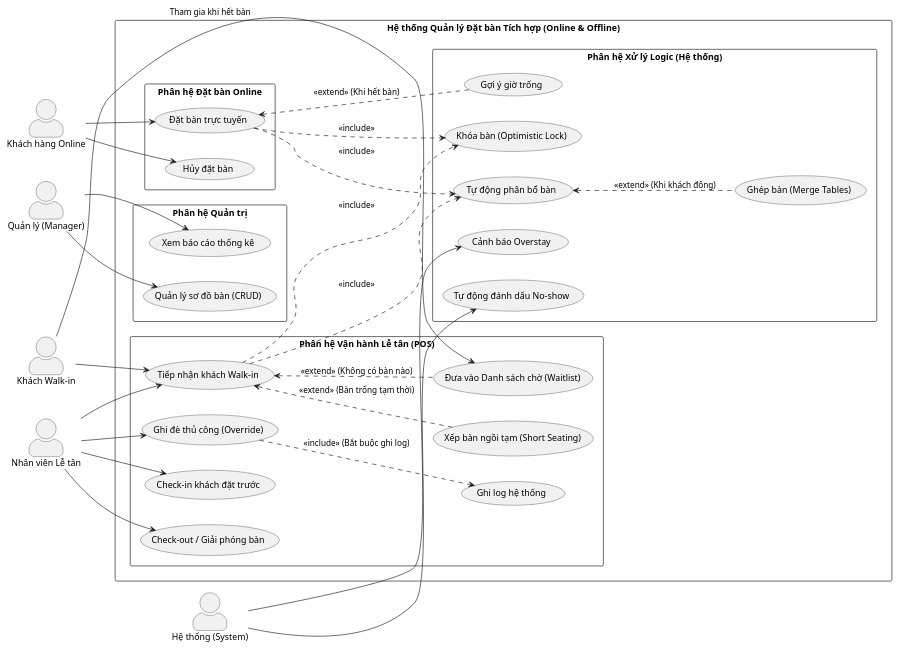
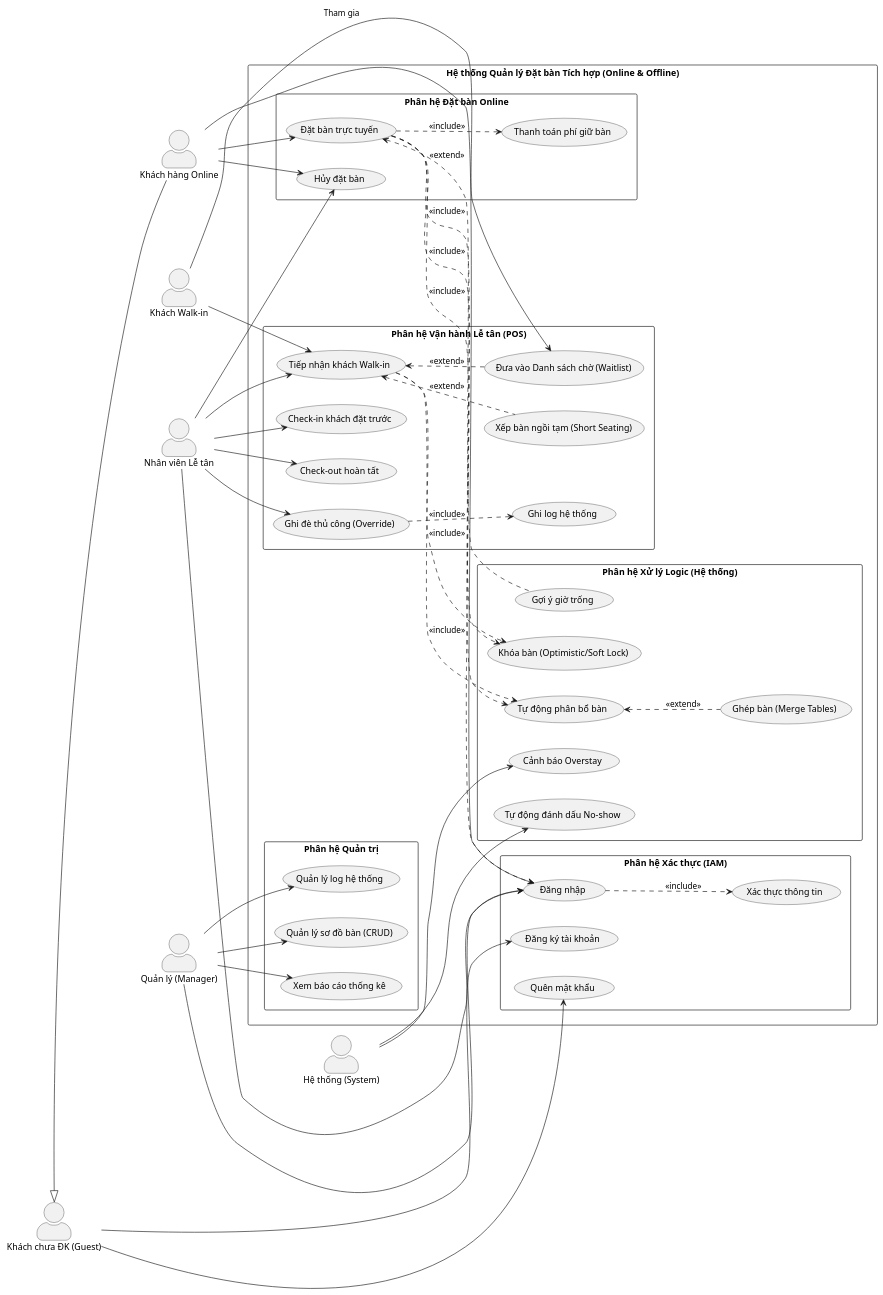
The diagram in docs/uml/use-case-diagram.puml (QuangLam0208/restaurant-reservation-system), drawn with PlantUML before and after one commit.

Commit message:
update usecase diagram

```diff
--- a/docs/uml/use-case-diagram.puml
+++ b/docs/uml/use-case-diagram.puml
@@ -1,79 +1,117 @@
 @startuml
 left to right direction
 skinparam actorStyle awesome
 skinparam packageStyle rectangle
 skinparam nodesep 40
 skinparam ranksep 60
 
-' Định nghĩa các Actors
+' ==========================================
+' ĐỊNH NGHĨA CÁC ACTORS
+' ==========================================
+actor "Khách chưa ĐK (Guest)" as Guest
 actor "Khách hàng Online" as OnlineCustomer
 actor "Khách Walk-in" as WalkInCustomer
 actor "Nhân viên Lễ tân" as Receptionist
 actor "Quản lý (Manager)" as Manager
 actor "Hệ thống (System)" as System
 
+' Tính kế thừa
+Guest <|-- OnlineCustomer
+
 rectangle "Hệ thống Quản lý Đặt bàn Tích hợp (Online & Offline)" {
+
+  rectangle "Phân hệ Xác thực (IAM)" {
+    usecase "Đăng ký tài khoản" as UC_Register
+    usecase "Đăng nhập" as UC_Login
+    usecase "Quên mật khẩu" as UC_Forgot
+    usecase "Xác thực thông tin" as UC_Verify
+  }
 
   rectangle "Phân hệ Đặt bàn Online" {
     usecase "Đặt bàn trực tuyến" as UC_BookOnline
-    usecase "Hủy đặt bàn" as UC_CancelOnline
+    usecase "Thanh toán phí giữ bàn" as UC_Payment
+    usecase "Hủy đặt bàn" as UC_CancelReservation
   }
 
   rectangle "Phân hệ Xử lý Logic (Hệ thống)" {
     usecase "Tự động phân bổ bàn" as UC_AutoAssign
     usecase "Ghép bàn (Merge Tables)" as UC_Merge
     usecase "Gợi ý giờ trống" as UC_Suggest
     usecase "Tự động đánh dấu No-show" as UC_AutoNoShow
     usecase "Cảnh báo Overstay" as UC_AlertOverstay
-    usecase "Khóa bàn (Optimistic Lock)" as UC_LockTable
+    usecase "Khóa bàn (Optimistic/Soft Lock)" as UC_LockTable
   }
 
   rectangle "Phân hệ Vận hành Lễ tân (POS)" {
     usecase "Tiếp nhận khách Walk-in" as UC_HandleWalkIn
     usecase "Xếp bàn ngồi tạm (Short Seating)" as UC_ShortSeating
     usecase "Đưa vào Danh sách chờ (Waitlist)" as UC_Waitlist
     usecase "Check-in khách đặt trước" as UC_CheckIn
-    usecase "Check-out / Giải phóng bàn" as UC_CheckOut
+    usecase "Check-out hoàn tất" as UC_CheckOut
     usecase "Ghi đè thủ công (Override)" as UC_Override
     usecase "Ghi log hệ thống" as UC_Log
   }
 
   rectangle "Phân hệ Quản trị" {
     usecase "Quản lý sơ đồ bàn (CRUD)" as UC_ManageTables
     usecase "Xem báo cáo thống kê" as UC_ViewReports
+    usecase "Quản lý log hệ thống" as UC_ManageLogs
   }
 }
 
+' ==========================================
+' MỐI LIÊN KẾT TỪ ACTOR ĐẾN USE CASE
+' ==========================================
+
+' Luồng Khách hàng
+Guest --> UC_Register
+Guest --> UC_Forgot
+OnlineCustomer --> UC_Login
 OnlineCustomer --> UC_BookOnline
-OnlineCustomer --> UC_CancelOnline
+OnlineCustomer --> UC_CancelReservation
 
 WalkInCustomer --> UC_HandleWalkIn
-WalkInCustomer --> UC_Waitlist : "Tham gia khi hết bàn"
+WalkInCustomer --> UC_Waitlist : "Tham gia"
 
+' Luồng Nhân sự Nhà hàng
+Receptionist --> UC_Login
 Receptionist --> UC_HandleWalkIn
 Receptionist --> UC_CheckIn
 Receptionist --> UC_CheckOut
+Receptionist --> UC_CancelReservation
 Receptionist --> UC_Override
 
+Manager --> UC_Login
 Manager --> UC_ManageTables
 Manager --> UC_ViewReports
+Manager --> UC_ManageLogs
 
+' Luồng Hệ thống chạy ngầm
 System --> UC_AutoNoShow
 System --> UC_AlertOverstay
 
-' Luồng Online
+' ==========================================
+' MỐI LIÊN KẾT INCLUDE / EXTEND (NGHIỆP VỤ)
+' ==========================================
+
+' Nghiệp vụ Xác thực
+UC_Login ..> UC_Verify : <<include>>
+UC_BookOnline ..> UC_Login : <<include>>
+
+' Luồng Online (CẬP NHẬT THANH TOÁN)
+UC_BookOnline ..> UC_Payment : <<include>>
 UC_BookOnline ..> UC_AutoAssign : <<include>>
 UC_BookOnline ..> UC_LockTable : <<include>>
-UC_AutoAssign <.. UC_Merge : <<extend>> (Khi khách đông)
-UC_BookOnline <.. UC_Suggest : <<extend>> (Khi hết bàn)
+UC_AutoAssign <.. UC_Merge : <<extend>>
+UC_BookOnline <.. UC_Suggest : <<extend>>
 
 ' Luồng Offline / Vận hành
 UC_HandleWalkIn ..> UC_AutoAssign : <<include>>
 UC_HandleWalkIn ..> UC_LockTable : <<include>>
-UC_HandleWalkIn <.. UC_ShortSeating : <<extend>> (Bàn trống tạm thời)
-UC_HandleWalkIn <.. UC_Waitlist : <<extend>> (Không có bàn nào)
+UC_HandleWalkIn <.. UC_ShortSeating : <<extend>>
+UC_HandleWalkIn <.. UC_Waitlist : <<extend>>
 
 ' Luồng Xử lý xung đột
-UC_Override ..> UC_Log : <<include>> (Bắt buộc ghi log)
+UC_Override ..> UC_Log : <<include>>
 
 @enduml
```
